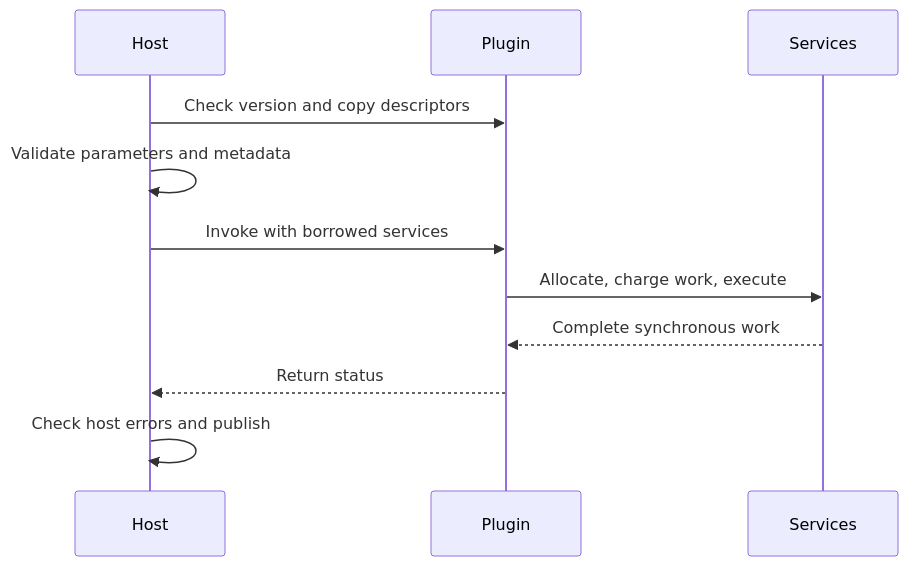
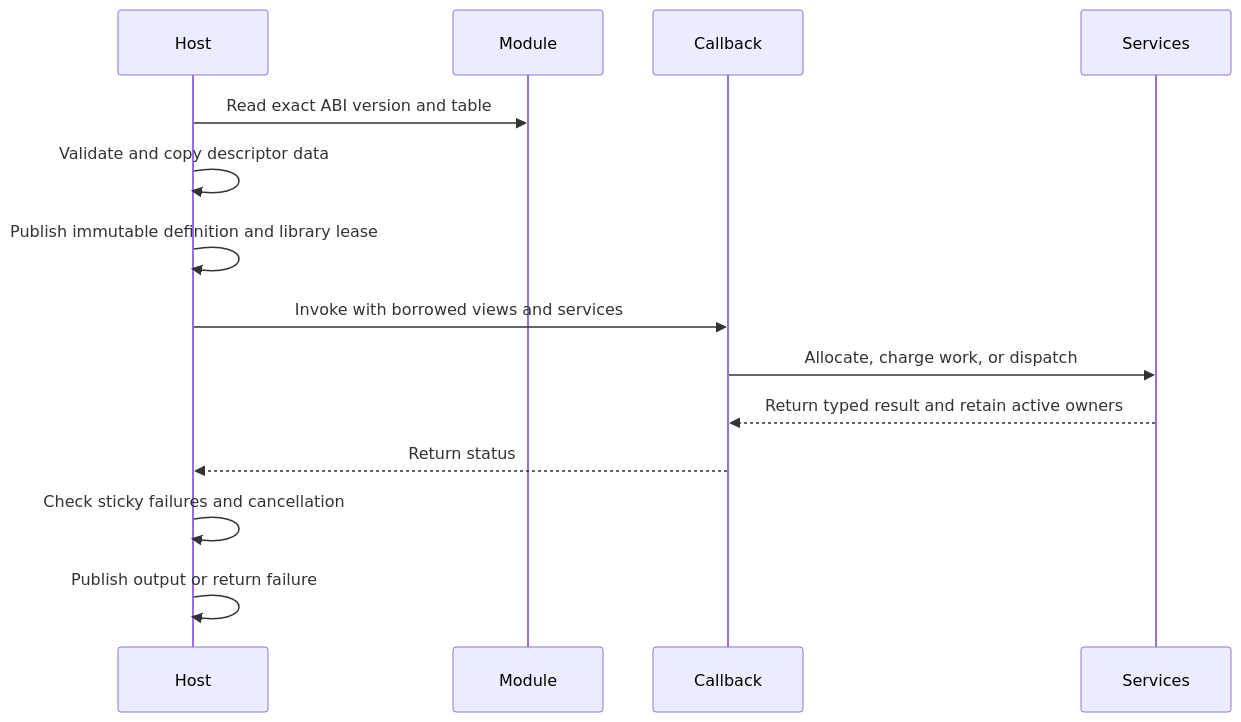
One commit to kevin-zf1123/photospider changed the diagram in docs/kernel-architecture/Plugin-ABI.md. Above: the diagram before and after it, drawn with Mermaid. The commit also changed other lines of this file and 106 other files, not shown here.

````diff
--- a/docs/kernel-architecture/Plugin-ABI.md
+++ b/docs/kernel-architecture/Plugin-ABI.md
@@ -9,13 +9,16 @@
 ```mermaid
 sequenceDiagram
     participant Host
-    participant Plugin
+    participant Module
+    participant Callback
     participant Services
-    Host->>Plugin: Check version and copy descriptors
-    Host->>Host: Validate parameters and metadata
-    Host->>Plugin: Invoke with borrowed services
-    Plugin->>Services: Allocate, charge work, execute
-    Services-->>Plugin: Complete synchronous work
-    Plugin-->>Host: Return status
-    Host->>Host: Check host errors and publish
+    Host->>Module: Read exact ABI version and table
+    Host->>Host: Validate and copy descriptor data
+    Host->>Host: Publish immutable definition and library lease
+    Host->>Callback: Invoke with borrowed views and services
+    Callback->>Services: Allocate, charge work, or dispatch
+    Services-->>Callback: Return typed result and retain active owners
+    Callback-->>Host: Return status
+    Host->>Host: Check sticky failures and cancellation
+    Host->>Host: Publish output or return failure
 ```
````
